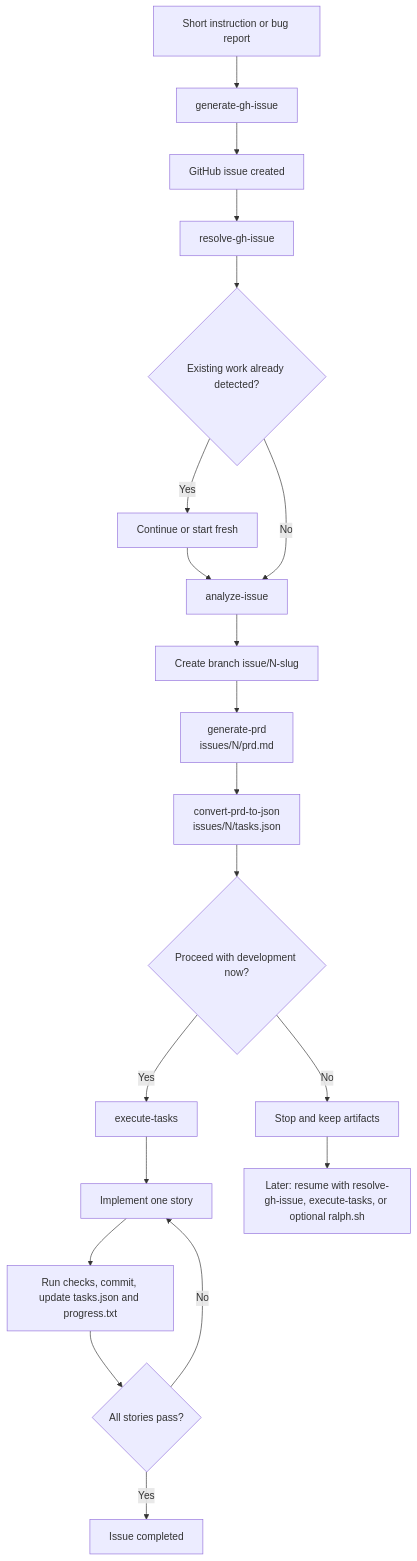
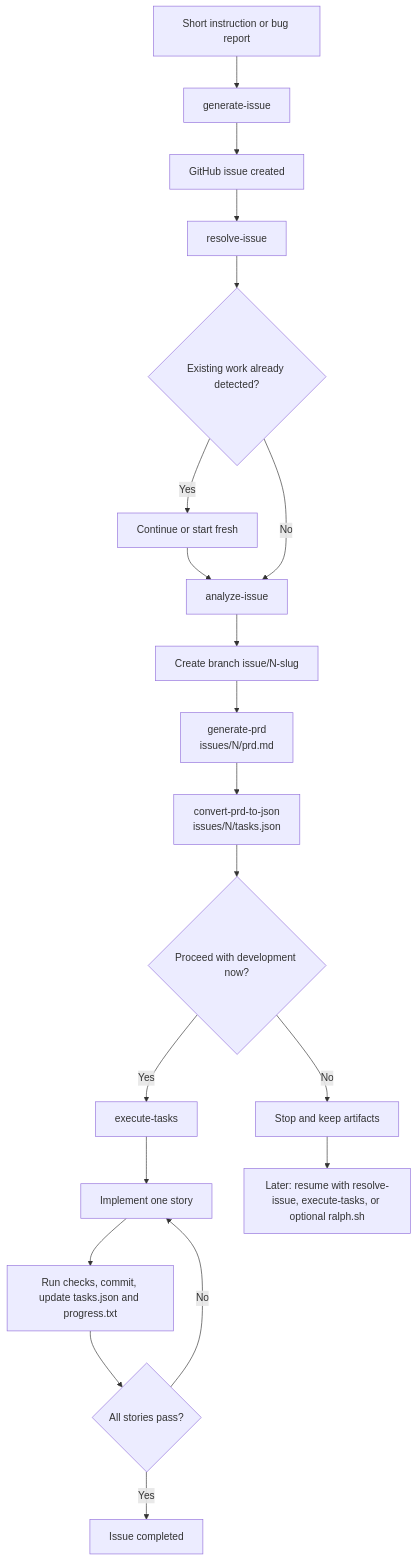
Before and after one commit to fabioassuncao/issue-flow: the diagram in README.md, drawn with Mermaid. The commit also changed other lines of this file and 10 other files, not shown here.

````diff
--- a/README.md
+++ b/README.md
@@ -18,22 +18,22 @@
 ```mermaid
 flowchart TD
-    A[Short instruction or bug report] --> B[generate-gh-issue]
+    A[Short instruction or bug report] --> B[generate-issue]
     B --> C[GitHub issue created]
-    C --> D[resolve-gh-issue]
+    C --> D[resolve-issue]
     D --> E{Existing work already detected?}
     E -- Yes --> E1[Continue or start fresh]
     E1 --> F[analyze-issue]
     E -- No --> F[analyze-issue]
     F --> G[Create branch issue/N-slug]
     G --> H[generate-prd<br/>issues/N/prd.md]
     H --> I[convert-prd-to-json<br/>issues/N/tasks.json]
     I --> J{Proceed with development now?}
     J -- Yes --> K[execute-tasks]
     K --> L[Implement one story]
     L --> M[Run checks, commit, update tasks.json and progress.txt]
     M --> N{All stories pass?}
     N -- No --> L
     N -- Yes --> O[Issue completed]
     J -- No --> P[Stop and keep artifacts]
-    P --> Q[Later: resume with resolve-gh-issue, execute-tasks, or optional ralph.sh]
+    P --> Q[Later: resume with resolve-issue, execute-tasks, or optional ralph.sh]
 ```
````
